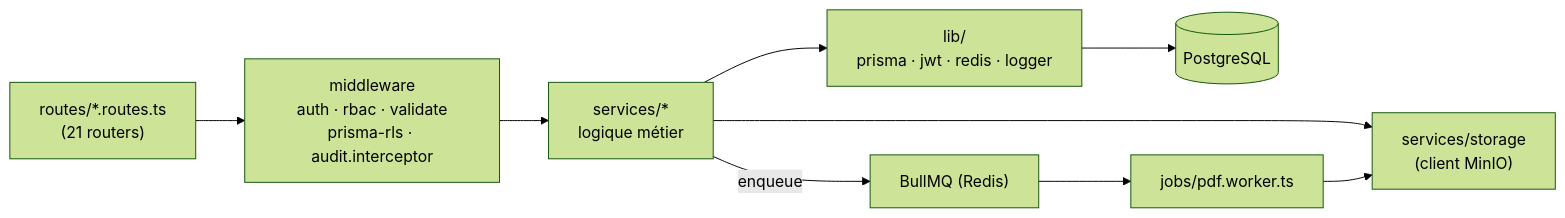
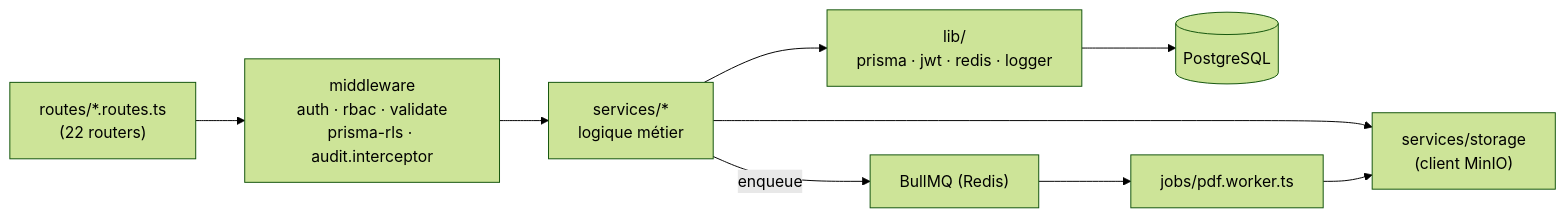
One commit to thierry1804/alterra changed the fourth of 5 diagrams in docs/architecture-technique.md. Above: the diagram before and after it, drawn with Mermaid (forest theme). The commit also changed other lines of this file and 1 other file, not shown here.

First line of the commit message:
docs(architecture): mise à jour 1.1 (référentiel activités, réconciliation MVola, sécurité, VPS de démo)

````diff
--- a/docs/architecture-technique.md
+++ b/docs/architecture-technique.md
@@ -209,11 +257,11 @@
 ```mermaid
 flowchart LR
-    R["routes/*.routes.ts\n(21 routers)"] --> MW["middleware\nauth · rbac · validate\nprisma-rls · audit.interceptor"]
+    R["routes/*.routes.ts\n(22 routers)"] --> MW["middleware\nauth · rbac · validate\nprisma-rls · audit.interceptor"]
     MW --> SVC["services/*\nlogique métier"]
     SVC --> LIB["lib/\nprisma · jwt · redis · logger"]
     LIB --> PG[("PostgreSQL")]
     SVC --> MINIO_S["services/storage\n(client MinIO)"]
     SVC -->|"enqueue"| BQ["BullMQ (Redis)"]
     BQ --> WORKER["jobs/pdf.worker.ts"]
     WORKER --> MINIO_S
 ```
````
